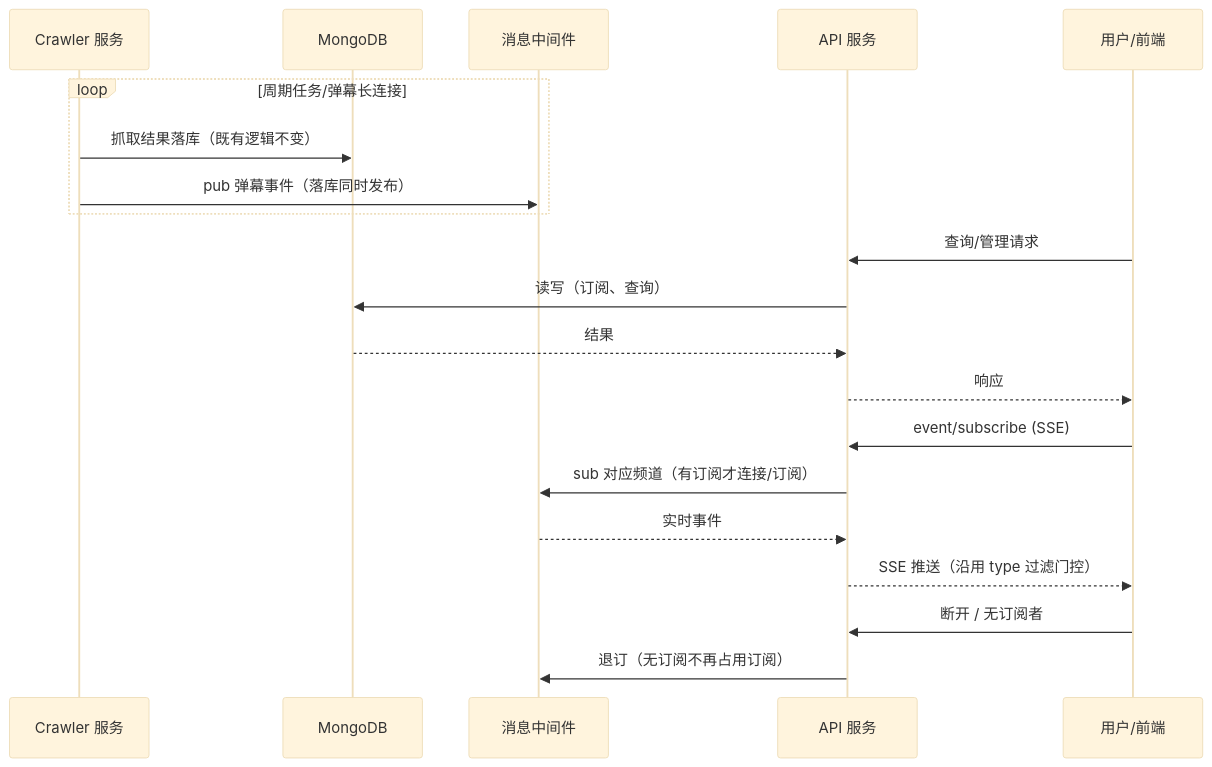
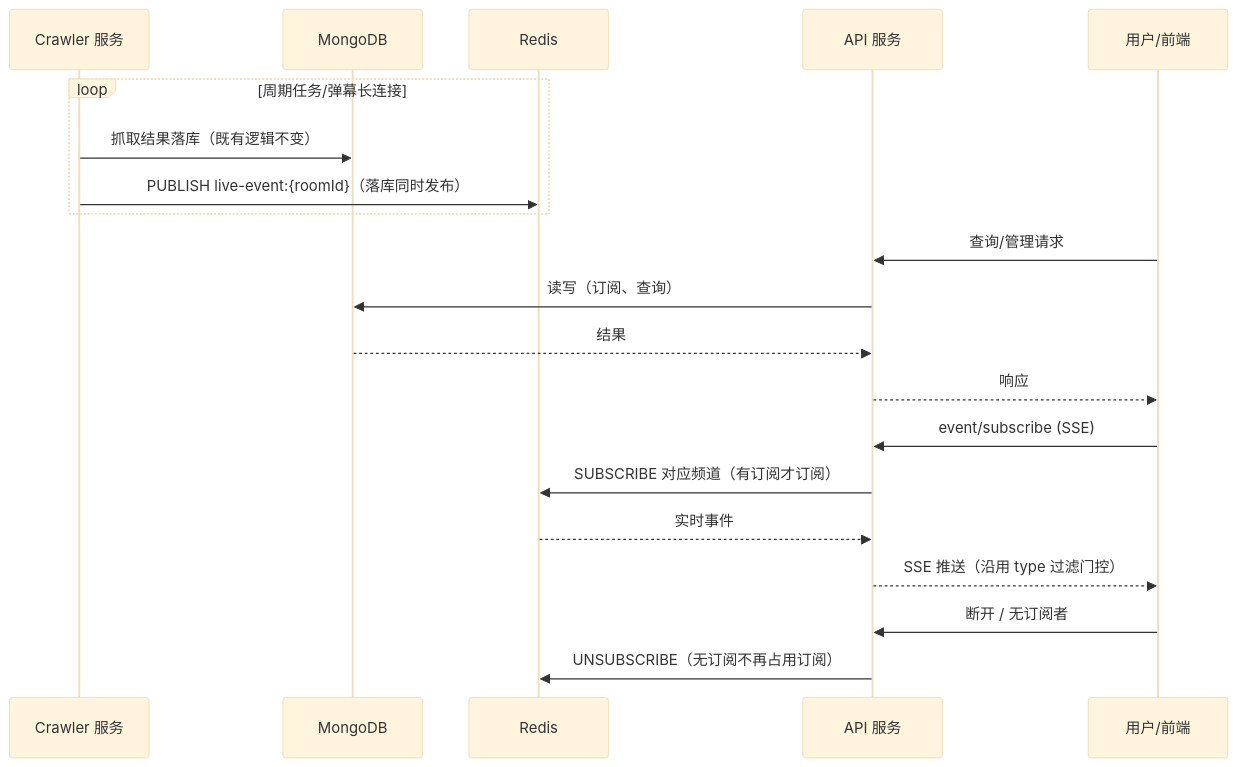
One commit to Deliay/z-vtuber changed the third of 3 diagrams in docs/engineering/proposals/20260901-proposal-api-crawler-split.md. Above: the diagram before and after it, drawn with Mermaid (base theme). The commit also changed other lines of this file, not shown here.

Commit message:
docs: confirm Redis as message broker per review

````diff
--- a/docs/engineering/proposals/20260901-proposal-api-crawler-split.md
+++ b/docs/engineering/proposals/20260901-proposal-api-crawler-split.md
@@ -143,23 +145,23 @@
 ```mermaid
 sequenceDiagram
     participant C as Crawler 服务
     participant D as MongoDB
-    participant Q as 消息中间件
+    participant Q as Redis
     participant A as API 服务
     participant U as 用户/前端
 
     loop 周期任务/弹幕长连接
         C->>D: 抓取结果落库（既有逻辑不变）
-        C->>Q: pub 弹幕事件（落库同时发布）
+        C->>Q: PUBLISH live-event:{roomId}（落库同时发布）
     end
     U->>A: 查询/管理请求
     A->>D: 读写（订阅、查询）
     D-->>A: 结果
     A-->>U: 响应
     U->>A: event/subscribe (SSE)
-    A->>Q: sub 对应频道（有订阅才连接/订阅）
+    A->>Q: SUBSCRIBE 对应频道（有订阅才订阅）
     Q-->>A: 实时事件
     A-->>U: SSE 推送（沿用 type 过滤门控）
     U->>A: 断开 / 无订阅者
-    A->>Q: 退订（无订阅不再占用订阅）
+    A->>Q: UNSUBSCRIBE（无订阅不再占用订阅）
 ```
````
